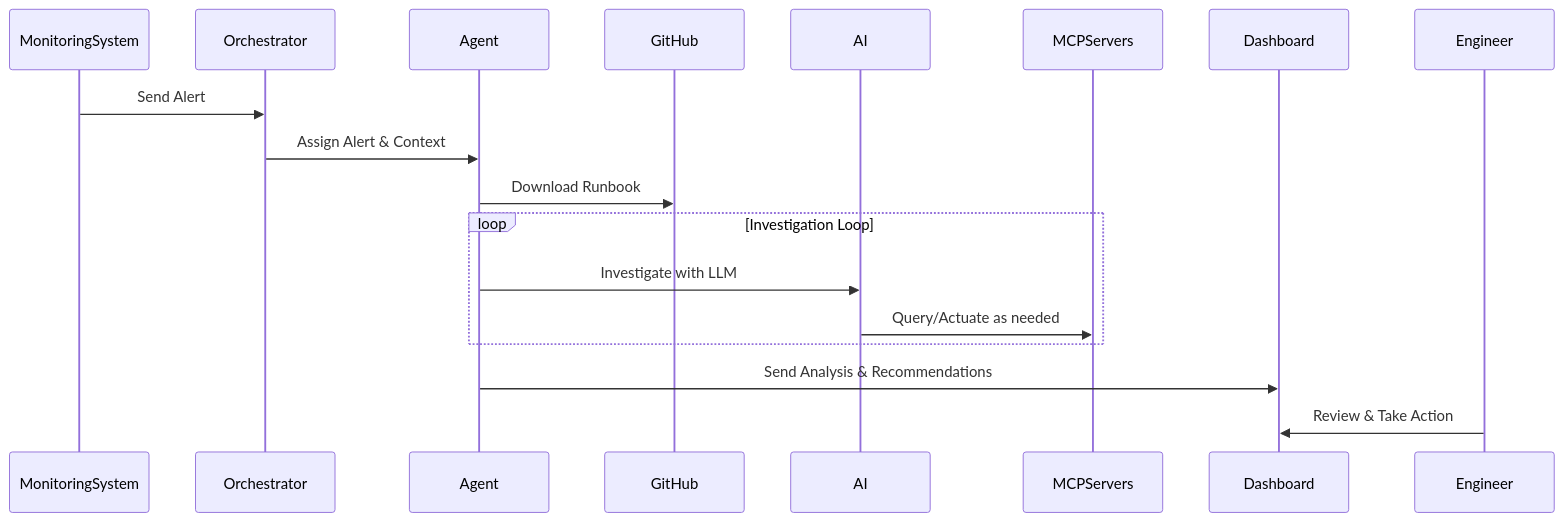
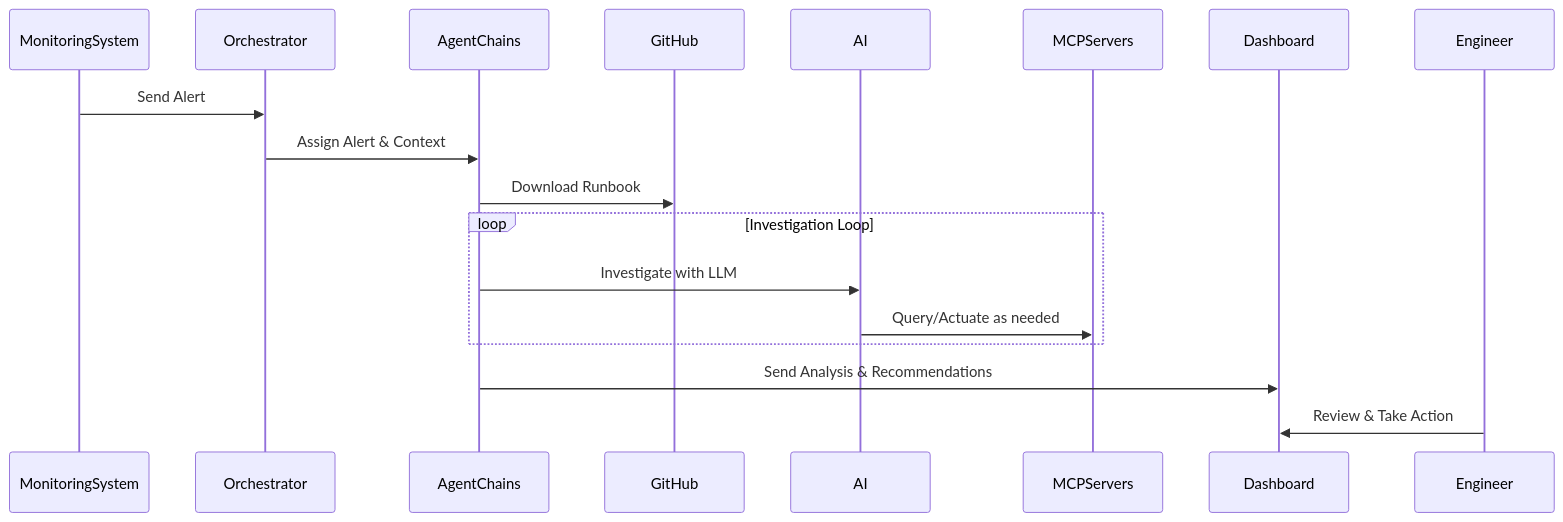
The diagram in README.md (codeready-toolchain/tarsy-bot), drawn with Mermaid before and after one commit. The commit also changed 24 other files, not shown here.

````diff
--- a/README.md
+++ b/README.md
@@ -80,21 +80,21 @@
 ```mermaid
 sequenceDiagram
     participant MonitoringSystem
     participant Orchestrator
-    participant Agent
+    participant AgentChains
     participant GitHub
     participant AI
     participant MCPServers
     participant Dashboard
     participant Engineer
 
     MonitoringSystem->>Orchestrator: Send Alert
-    Orchestrator->>Agent: Assign Alert & Context
-    Agent->>GitHub: Download Runbook
+    Orchestrator->>AgentChains: Assign Alert & Context
+    AgentChains->>GitHub: Download Runbook
     loop Investigation Loop
-        Agent->>AI: Investigate with LLM
+        AgentChains->>AI: Investigate with LLM
         AI->>MCPServers: Query/Actuate as needed
     end
-    Agent->>Dashboard: Send Analysis & Recommendations
+    AgentChains->>Dashboard: Send Analysis & Recommendations
     Engineer->>Dashboard: Review & Take Action
 ```
````
